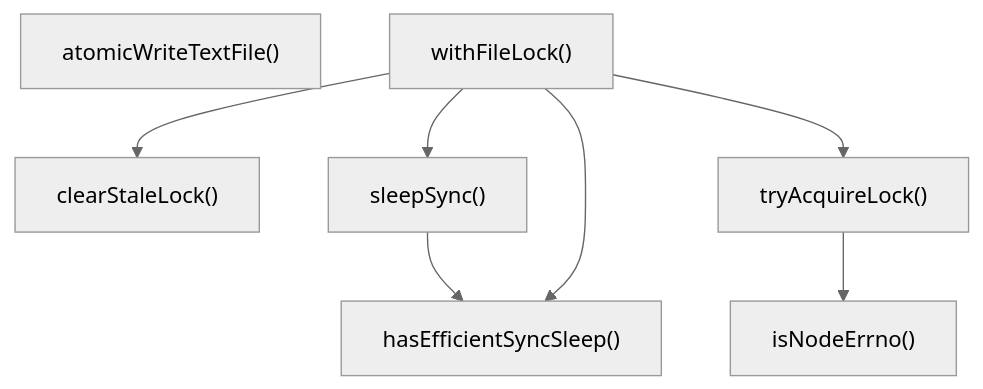
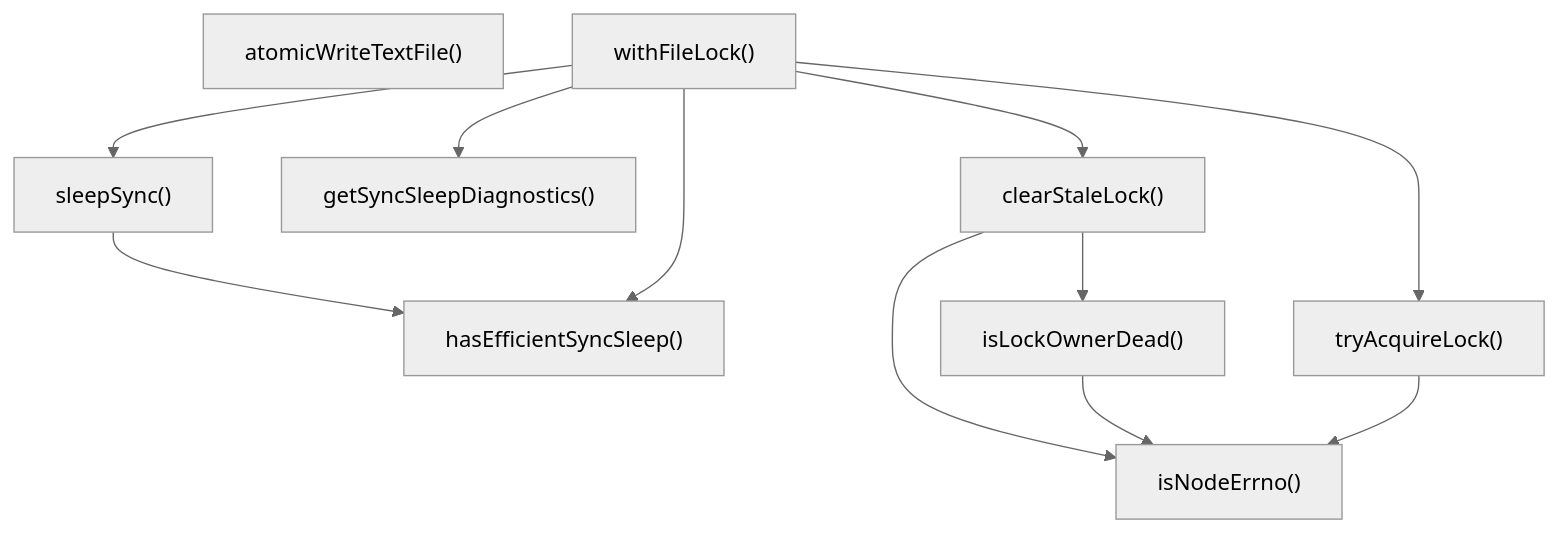
Before and after one commit to Mekann2904/mekann: the second of 3 diagrams in ABDD/.pi/lib/storage-lock.md, drawn with Mermaid (neutral theme). The commit also changed other lines of this file and 205 other files, not shown here.

````diff
--- a/ABDD/.pi/lib/storage-lock.md
+++ b/ABDD/.pi/lib/storage-lock.md
@@ -47,16 +48,22 @@
 ```mermaid
 flowchart TD
   atomicWriteTextFile["atomicWriteTextFile()"]
   clearStaleLock["clearStaleLock()"]
+  getSyncSleepDiagnostics["getSyncSleepDiagnostics()"]
   hasEfficientSyncSleep["hasEfficientSyncSleep()"]
+  isLockOwnerDead["isLockOwnerDead()"]
   isNodeErrno["isNodeErrno()"]
   sleepSync["sleepSync()"]
   tryAcquireLock["tryAcquireLock()"]
   withFileLock["withFileLock()"]
+  clearStaleLock --> isLockOwnerDead
+  clearStaleLock --> isNodeErrno
+  isLockOwnerDead --> isNodeErrno
   sleepSync --> hasEfficientSyncSleep
   tryAcquireLock --> isNodeErrno
   withFileLock --> clearStaleLock
+  withFileLock --> getSyncSleepDiagnostics
   withFileLock --> hasEfficientSyncSleep
   withFileLock --> sleepSync
   withFileLock --> tryAcquireLock
 ```
````
